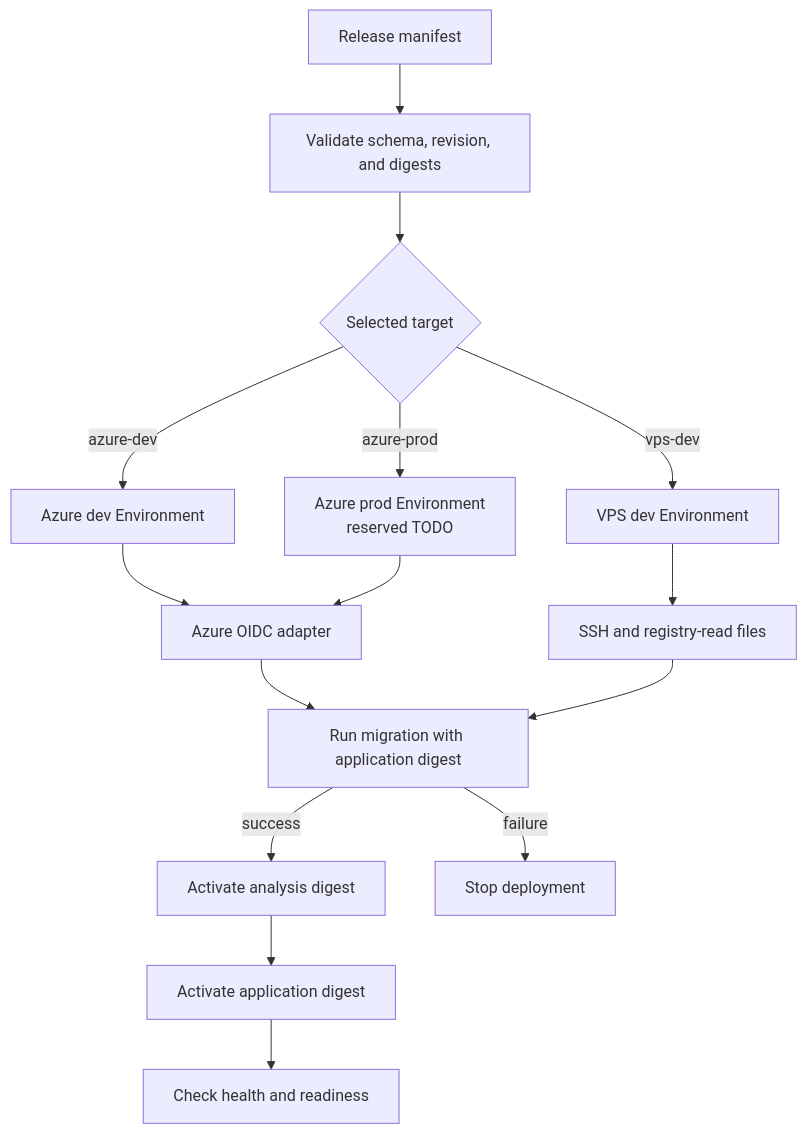
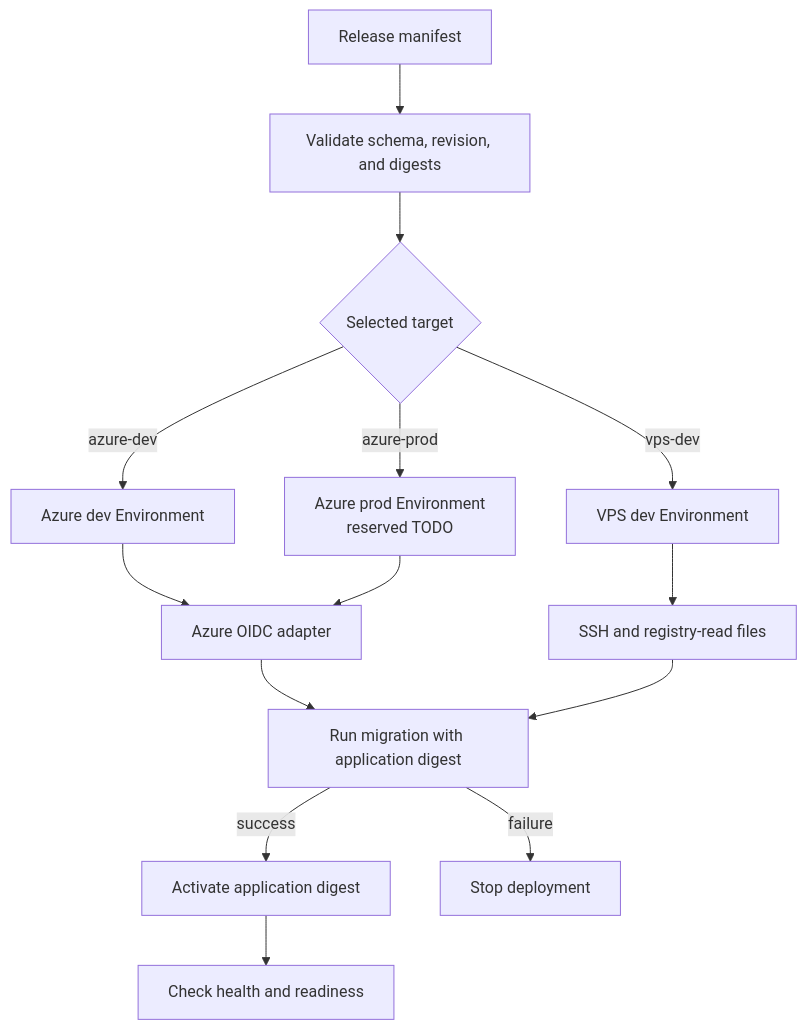
Before and after one commit to michalo1334/master_thesis: the ninth of 9 diagrams in docs/inprogress/ci-cd-pipeline.md, drawn with Mermaid. The commit also changed other lines of this file and 326 other files, not shown here.

````diff
--- a/docs/inprogress/ci-cd-pipeline.md
+++ b/docs/inprogress/ci-cd-pipeline.md
@@ -249,20 +222,19 @@
 ```mermaid
 flowchart TD
   manifest[Release manifest] --> validate[Validate schema, revision, and digests]
   validate --> target{Selected target}
 
   target -->|azure-dev| azureDev[Azure dev Environment]
   target -->|azure-prod| azureProd[Azure prod Environment<br/>reserved TODO]
   target -->|vps-dev| vpsDev[VPS dev Environment]
 
   azureDev --> azureAuth[Azure OIDC adapter]
   azureProd --> azureAuth
   vpsDev --> vpsAuth[SSH and registry-read files]
 
   azureAuth --> migrate[Run migration with application digest]
   vpsAuth --> migrate
-  migrate -->|success| analysis[Activate analysis digest]
-  analysis --> app[Activate application digest]
+  migrate -->|success| app[Activate application digest]
   app --> health[Check health and readiness]
   migrate -->|failure| stop[Stop deployment]
 ```
````
